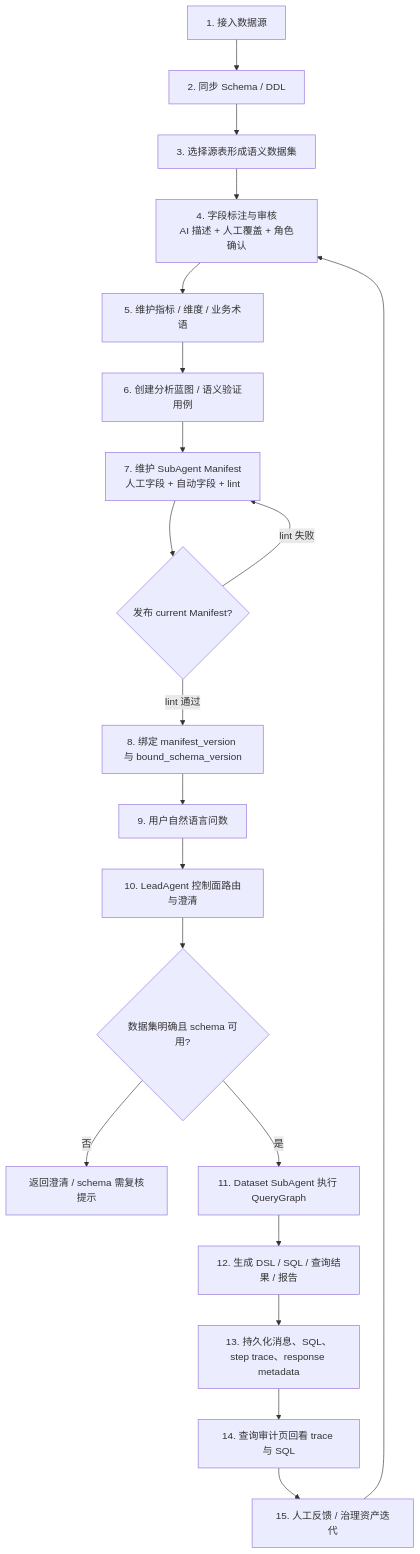
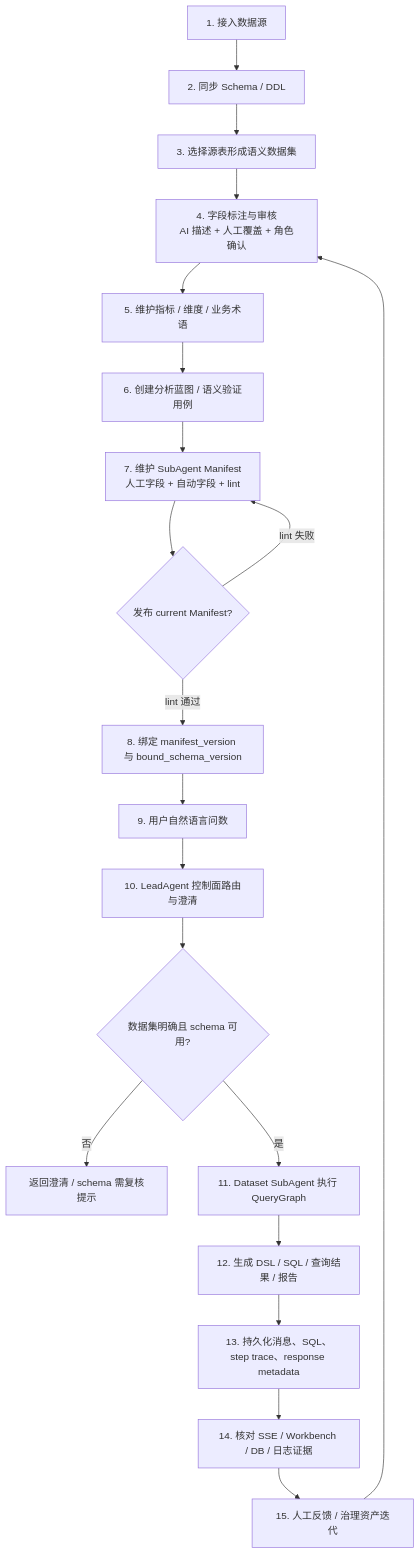
The second of 10 diagrams in docs/数语系统设计方案.md (YoungKing1212/datalogue), drawn with Mermaid before and after one commit. The commit also changed other lines of this file and 49 other files, not shown here.

````diff
--- a/docs/数语系统设计方案.md
+++ b/docs/数语系统设计方案.md
@@ -119,22 +114,22 @@
 ```mermaid
 flowchart TD
   A["1. 接入数据源"] --> B["2. 同步 Schema / DDL"]
   B --> C["3. 选择源表形成语义数据集"]
   C --> D["4. 字段标注与审核\nAI 描述 + 人工覆盖 + 角色确认"]
   D --> E["5. 维护指标 / 维度 / 业务术语"]
   E --> F["6. 创建分析蓝图 / 语义验证用例"]
   F --> G["7. 维护 SubAgent Manifest\n人工字段 + 自动字段 + lint"]
   G --> H{"发布 current Manifest?"}
   H -->|lint 通过| I["8. 绑定 manifest_version 与 bound_schema_version"]
   H -->|lint 失败| G
   I --> J["9. 用户自然语言问数"]
   J --> K["10. LeadAgent 控制面路由与澄清"]
   K --> L{"数据集明确且 schema 可用?"}
   L -->|否| M["返回澄清 / schema 需复核提示"]
   L -->|是| N["11. Dataset SubAgent 执行 QueryGraph"]
   N --> O["12. 生成 DSL / SQL / 查询结果 / 报告"]
   O --> P["13. 持久化消息、SQL、step trace、response metadata"]
-  P --> Q["14. 查询审计页回看 trace 与 SQL"]
+  P --> Q["14. 核对 SSE / Workbench / DB / 日志证据"]
   Q --> R["15. 人工反馈 / 治理资产迭代"]
   R --> D
 ```
````
